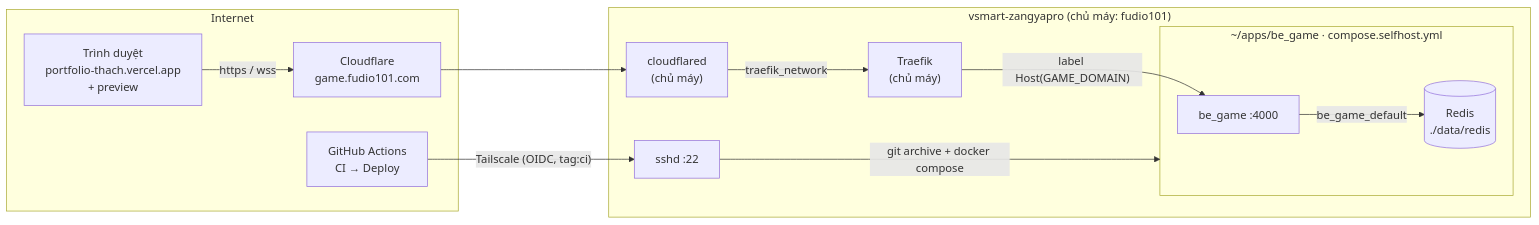
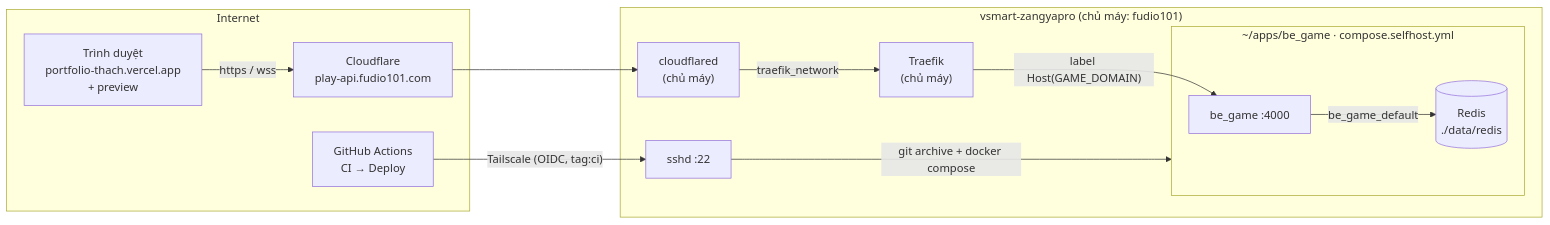
Before and after one commit to ThachHuynhIT/be_game: the diagram in docs/SELF_HOSTING.md, drawn with Mermaid. The commit also changed other lines of this file and 4 other files, not shown here.

First line of the commit message:
docs: move the self-hosted backend to play-api.fudio101.com

````diff
--- a/docs/SELF_HOSTING.md
+++ b/docs/SELF_HOSTING.md
@@ -11,19 +11,19 @@
 ```mermaid
 flowchart LR
   subgraph Internet
     B["Trình duyệt<br/>portfolio-thach.vercel.app<br/>+ preview"]
-    CF["Cloudflare<br/>game.fudio101.com"]
+    CF["Cloudflare<br/>play-api.fudio101.com"]
     GH["GitHub Actions<br/>CI → Deploy"]
   end
   subgraph Host["vsmart-zangyapro (chủ máy: fudio101)"]
     CFD["cloudflared<br/>(chủ máy)"]
     TR["Traefik<br/>(chủ máy)"]
     subgraph P["~/apps/be_game · compose.selfhost.yml"]
       BG["be_game :4000"]
       R[("Redis<br/>./data/redis")]
     end
     SSH["sshd :22"]
   end
   B -- "https / wss" --> CF --> CFD -- "traefik_network" --> TR -- "label Host(GAME_DOMAIN)" --> BG -- "be_game_default" --> R
   GH -- "Tailscale (OIDC, tag:ci)" --> SSH -- "git archive + docker compose" --> P
 ```
````
